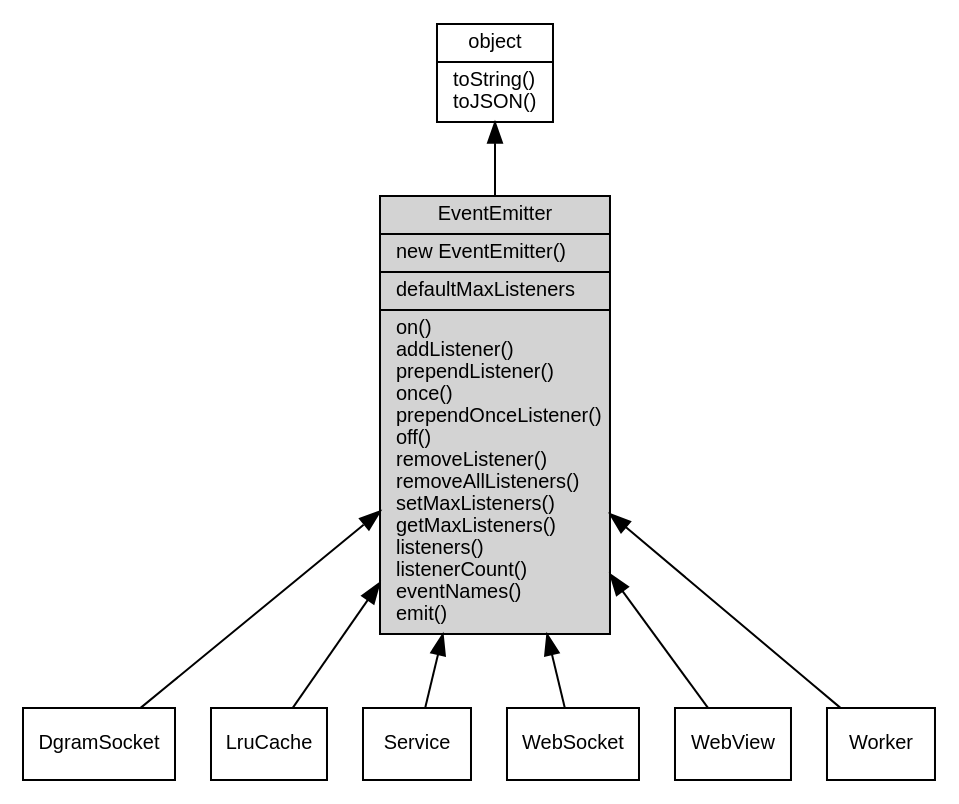
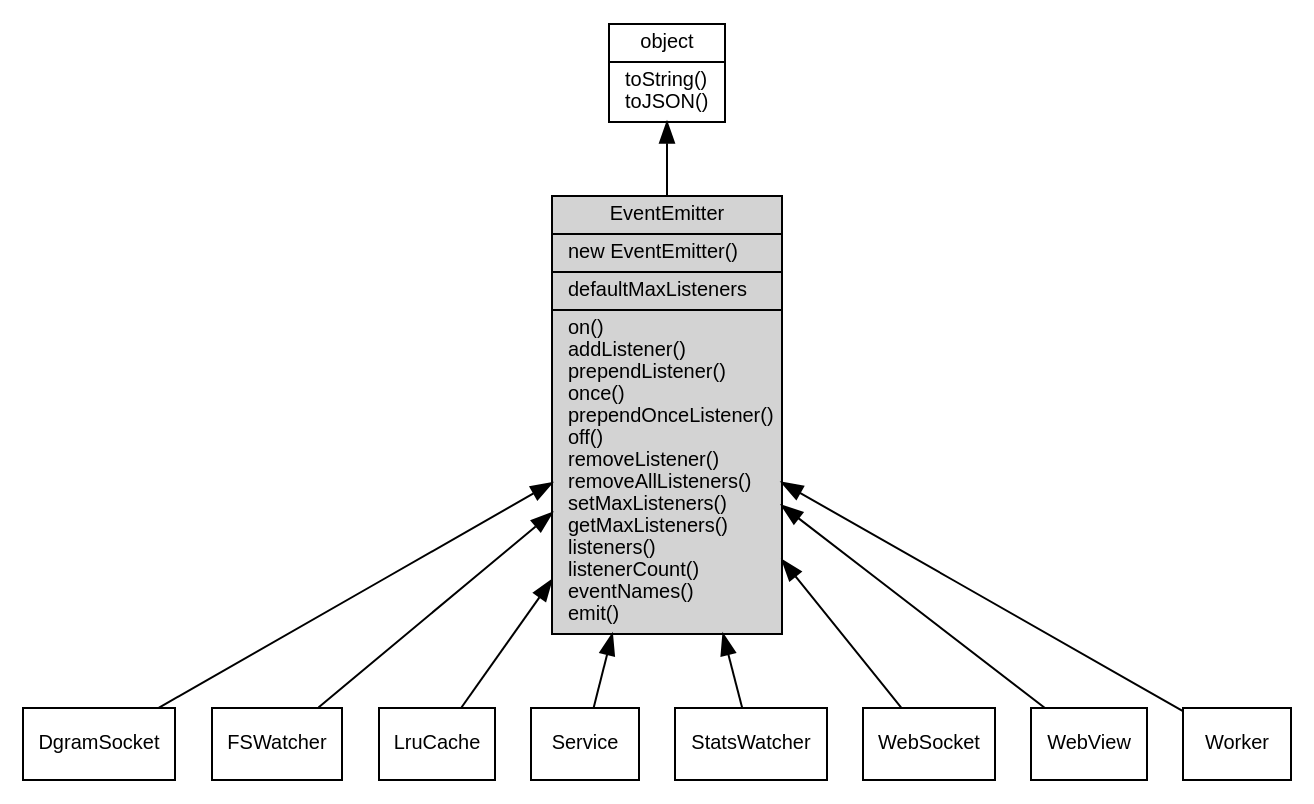
One commit to fibjs/fibjs.org changed the diagram in docs/manual/object/ifs/EventEmitter.md. Above: the diagram before and after it, drawn with Graphviz. The commit also changed 208 other files, not shown here.

````diff
--- a/docs/manual/object/ifs/EventEmitter.md
+++ b/docs/manual/object/ifs/EventEmitter.md
@@ -13,22 +13,26 @@
 ```dot
 digraph {
     node [fontname="Helvetica,sans-Serif", fontsize=10, shape="record", style="filled", fillcolor="white"];
 
     object [tooltip="object", URL="object.md", label="{object|toString()\ltoJSON()\l}"];
     EventEmitter [tooltip="EventEmitter", fillcolor="lightgray", id="me", label="{EventEmitter|new EventEmitter()\l|defaultMaxListeners\l|on()\laddListener()\lprependListener()\lonce()\lprependOnceListener()\loff()\lremoveListener()\lremoveAllListeners()\lsetMaxListeners()\lgetMaxListeners()\llisteners()\llistenerCount()\leventNames()\lemit()\l}"];
     DgramSocket [tooltip="DgramSocket", URL="DgramSocket.md", label="{DgramSocket}"];
+    FSWatcher [tooltip="FSWatcher", URL="FSWatcher.md", label="{FSWatcher}"];
     LruCache [tooltip="LruCache", URL="LruCache.md", label="{LruCache}"];
     Service [tooltip="Service", URL="Service.md", label="{Service}"];
+    StatsWatcher [tooltip="StatsWatcher", URL="StatsWatcher.md", label="{StatsWatcher}"];
     WebSocket [tooltip="WebSocket", URL="WebSocket.md", label="{WebSocket}"];
     WebView [tooltip="WebView", URL="WebView.md", label="{WebView}"];
     Worker [tooltip="Worker", URL="Worker.md", label="{Worker}"];
 
     object -> EventEmitter [dir=back];
     EventEmitter -> DgramSocket [dir=back];
+    EventEmitter -> FSWatcher [dir=back];
     EventEmitter -> LruCache [dir=back];
     EventEmitter -> Service [dir=back];
+    EventEmitter -> StatsWatcher [dir=back];
     EventEmitter -> WebSocket [dir=back];
     EventEmitter -> WebView [dir=back];
     EventEmitter -> Worker [dir=back];
 }
 ```
````
